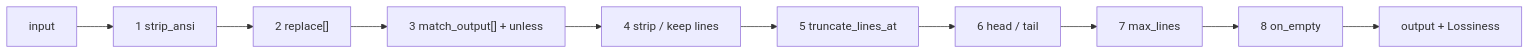
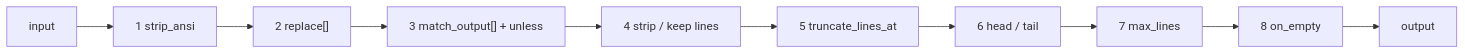
One commit to itay-nakash/context-guru changed the diagram in docs/how-to/custom-dsl-filter.md. Above: the diagram before and after it, drawn with Mermaid. The commit also changed other lines of this file and 161 other files, not shown here.

````diff
--- a/docs/how-to/custom-dsl-filter.md
+++ b/docs/how-to/custom-dsl-filter.md
@@ -14,6 +82,6 @@
 ```mermaid
 flowchart LR
   I[input] --> S1[1 strip_ansi] --> S2["2 replace[]"] --> S3["3 match_output[] + unless"]
   S3 --> S4[4 strip / keep lines] --> S5[5 truncate_lines_at] --> S6[6 head / tail]
-  S6 --> S7[7 max_lines] --> S8[8 on_empty] --> O[output + Lossiness]
+  S6 --> S7[7 max_lines] --> S8[8 on_empty] --> O[output]
 ```
````
